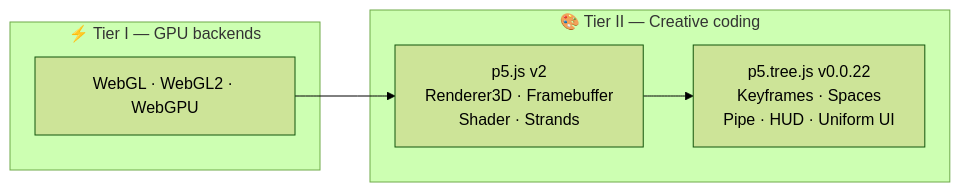
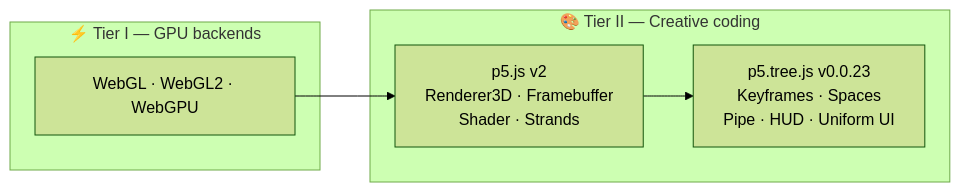
Before and after one commit to ABJ-d/tree: the fourth of 8 diagrams in slides.md, drawn with Mermaid (forest theme). The commit also changed other lines of this file and 1 other file, not shown here.

````diff
--- a/slides.md
+++ b/slides.md
@@ -121,17 +121,17 @@
 ```mermaid
 flowchart LR
   subgraph T1["⚡ Tier I — GPU backends"]
     A["WebGL · WebGL2 · WebGPU"]
   end
 
   subgraph T2["🎨 Tier II — Creative coding"]
     B["p5.js v2
     Renderer3D · Framebuffer
     Shader · Strands"]
-    C["p5.tree.js v0.0.22
+    C["p5.tree.js v0.0.23
     Keyframes · Spaces
     Pipe · HUD · Uniform UI"]
   end
 
   A --> B --> C
 ```
````
